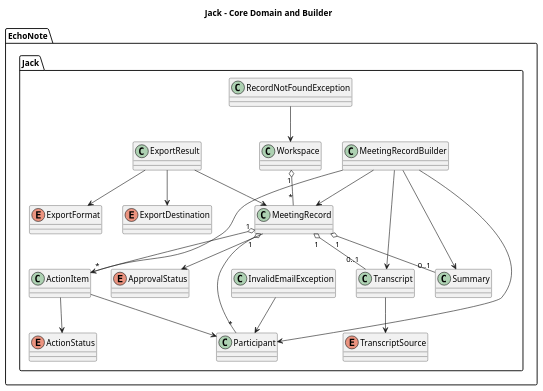
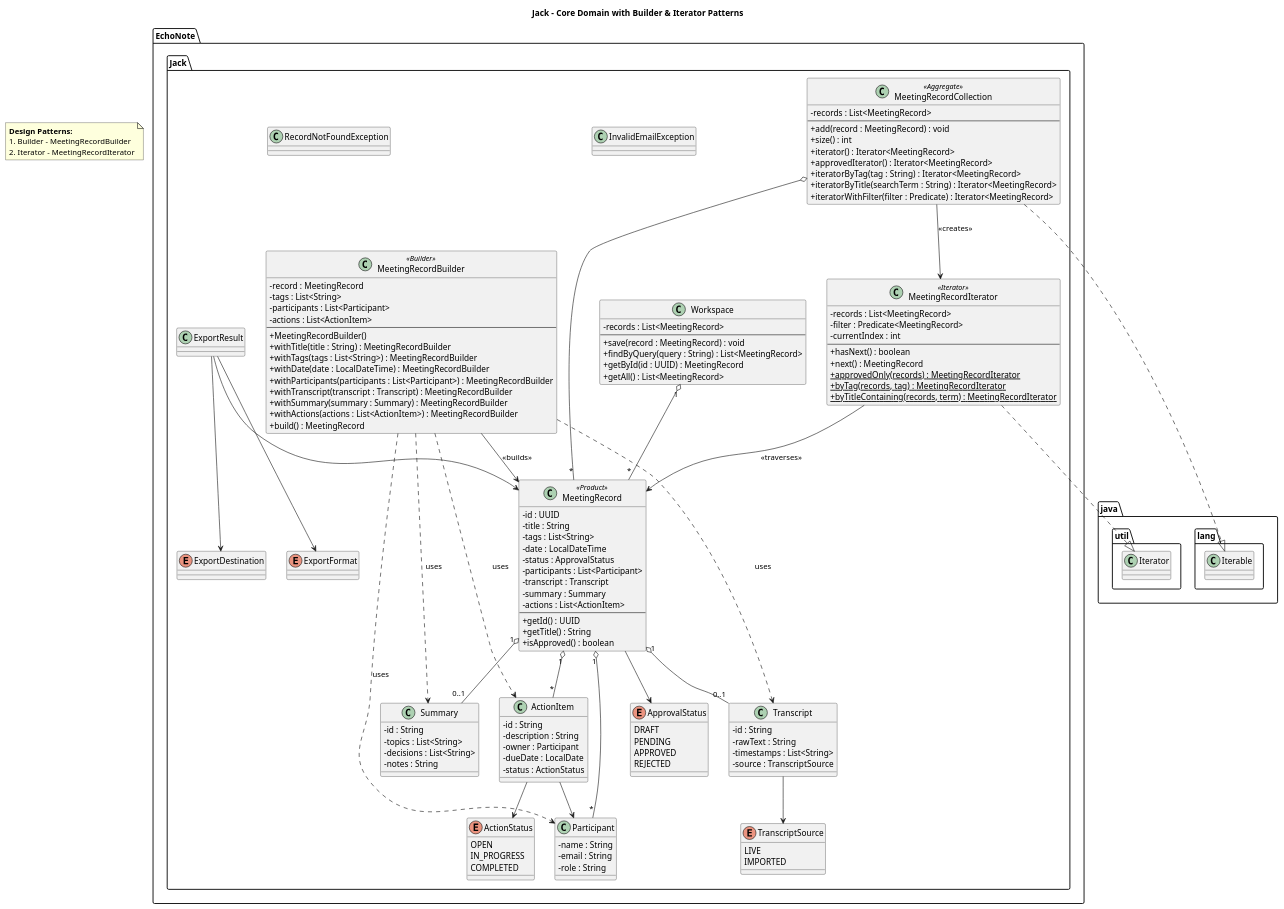
The diagram in src/main/resources/uml/Jack (User, SystemController, MeetingRecord, Workspace) Builder Pattern.puml (jrmorris29/CS-5800.01-Final-Startup-Submission), drawn with PlantUML before and after one commit. The commit also changed 58 other files, not shown here.

Commit message:
Part 1 - Refactor with Design Patterns

```diff
--- a/src/main/resources/uml/Jack (User, SystemController, MeetingRecord, Workspace) Builder Pattern.puml
+++ b/src/main/resources/uml/Jack (User, SystemController, MeetingRecord, Workspace) Builder Pattern.puml
@@ -1,50 +1,166 @@
 @startuml
-title Jack - Core Domain and Builder
+title Jack - Core Domain with Builder & Iterator Patterns
+
+skinparam classAttributeIconSize 0
+
+note as N1
+  **Design Patterns:**
+  1. Builder - MeetingRecordBuilder
+  2. Iterator - MeetingRecordIterator
+end note
 
 package "EchoNote.Jack" {
-    class Workspace
-    class MeetingRecord
-    class MeetingRecordBuilder
-    class Participant
-    class Transcript
-    class Summary
-    class ActionItem
 
-    enum TranscriptSource
-    enum ApprovalStatus
-    enum ActionStatus
+    ' Builder Pattern
+    class MeetingRecordBuilder <<Builder>> {
+        - record : MeetingRecord
+        - tags : List<String>
+        - participants : List<Participant>
+        - actions : List<ActionItem>
+        --
+        + MeetingRecordBuilder()
+        + withTitle(title : String) : MeetingRecordBuilder
+        + withTags(tags : List<String>) : MeetingRecordBuilder
+        + withDate(date : LocalDateTime) : MeetingRecordBuilder
+        + withParticipants(participants : List<Participant>) : MeetingRecordBuilder
+        + withTranscript(transcript : Transcript) : MeetingRecordBuilder
+        + withSummary(summary : Summary) : MeetingRecordBuilder
+        + withActions(actions : List<ActionItem>) : MeetingRecordBuilder
+        + build() : MeetingRecord
+    }
+
+    ' Iterator Pattern
+    class MeetingRecordCollection <<Aggregate>> {
+        - records : List<MeetingRecord>
+        --
+        + add(record : MeetingRecord) : void
+        + size() : int
+        + iterator() : Iterator<MeetingRecord>
+        + approvedIterator() : Iterator<MeetingRecord>
+        + iteratorByTag(tag : String) : Iterator<MeetingRecord>
+        + iteratorByTitle(searchTerm : String) : Iterator<MeetingRecord>
+        + iteratorWithFilter(filter : Predicate) : Iterator<MeetingRecord>
+    }
+
+    class MeetingRecordIterator <<Iterator>> {
+        - records : List<MeetingRecord>
+        - filter : Predicate<MeetingRecord>
+        - currentIndex : int
+        --
+        + hasNext() : boolean
+        + next() : MeetingRecord
+        + {static} approvedOnly(records) : MeetingRecordIterator
+        + {static} byTag(records, tag) : MeetingRecordIterator
+        + {static} byTitleContaining(records, term) : MeetingRecordIterator
+    }
+
+    ' Core Domain
+    class Workspace {
+        - records : List<MeetingRecord>
+        --
+        + save(record : MeetingRecord) : void
+        + findByQuery(query : String) : List<MeetingRecord>
+        + getById(id : UUID) : MeetingRecord
+        + getAll() : List<MeetingRecord>
+    }
+
+    class MeetingRecord <<Product>> {
+        - id : UUID
+        - title : String
+        - tags : List<String>
+        - date : LocalDateTime
+        - status : ApprovalStatus
+        - participants : List<Participant>
+        - transcript : Transcript
+        - summary : Summary
+        - actions : List<ActionItem>
+        --
+        + getId() : UUID
+        + getTitle() : String
+        + isApproved() : boolean
+    }
+
+    class Participant {
+        - name : String
+        - email : String
+        - role : String
+    }
+
+    class Transcript {
+        - id : String
+        - rawText : String
+        - timestamps : List<String>
+        - source : TranscriptSource
+    }
+
+    class Summary {
+        - id : String
+        - topics : List<String>
+        - decisions : List<String>
+        - notes : String
+    }
+
+    class ActionItem {
+        - id : String
+        - description : String
+        - owner : Participant
+        - dueDate : LocalDate
+        - status : ActionStatus
+    }
+
+    enum ApprovalStatus {
+        DRAFT
+        PENDING
+        APPROVED
+        REJECTED
+    }
+
+    enum TranscriptSource {
+        LIVE
+        IMPORTED
+    }
+
+    enum ActionStatus {
+        OPEN
+        IN_PROGRESS
+        COMPLETED
+    }
 
     enum ExportFormat
     enum ExportDestination
     class ExportResult
 
     class InvalidEmailException
     class RecordNotFoundException
 }
 
+' Builder
+MeetingRecordBuilder --> MeetingRecord : <<builds>>
+MeetingRecordBuilder ..> Participant : uses
+MeetingRecordBuilder ..> Transcript : uses
+MeetingRecordBuilder ..> Summary : uses
+MeetingRecordBuilder ..> ActionItem : uses
+
+' Iterator
+MeetingRecordCollection ..|> java.lang.Iterable
+MeetingRecordCollection --> MeetingRecordIterator : <<creates>>
+MeetingRecordCollection o-- "*" MeetingRecord
+MeetingRecordIterator ..|> java.util.Iterator
+MeetingRecordIterator --> MeetingRecord : <<traverses>>
+
+' Domain
 Workspace "1" o-- "*" MeetingRecord
-
 MeetingRecord "1" o-- "*" Participant
 MeetingRecord "1" o-- "*" ActionItem
 MeetingRecord "1" o-- "0..1" Transcript
 MeetingRecord "1" o-- "0..1" Summary
-
 MeetingRecord --> ApprovalStatus
 Transcript --> TranscriptSource
 ActionItem --> ActionStatus
 ActionItem --> Participant
 
 ExportResult --> MeetingRecord
 ExportResult --> ExportFormat
 ExportResult --> ExportDestination
 
-InvalidEmailException --> Participant
-RecordNotFoundException --> Workspace
-
-MeetingRecordBuilder --> MeetingRecord
-MeetingRecordBuilder --> Participant
-MeetingRecordBuilder --> ActionItem
-MeetingRecordBuilder --> Transcript
-MeetingRecordBuilder --> Summary
-
 @enduml
```
